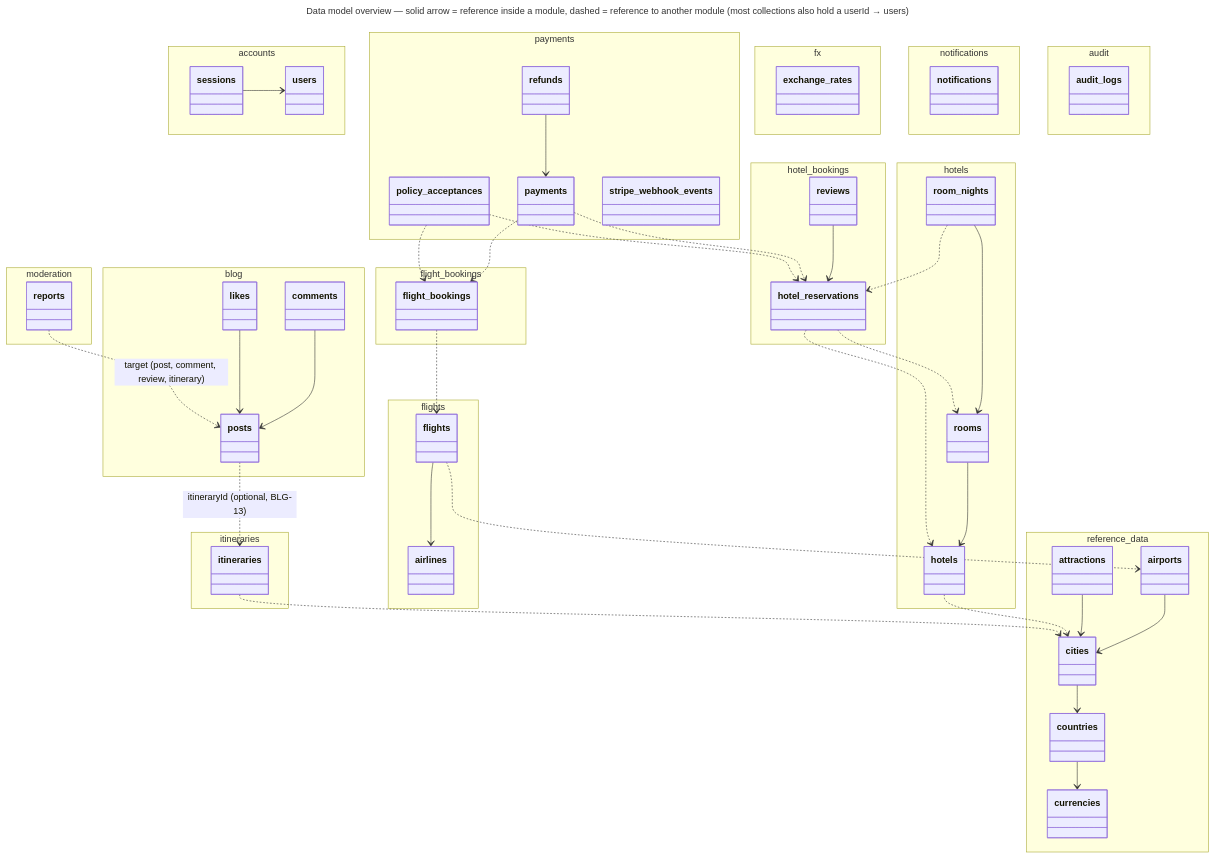
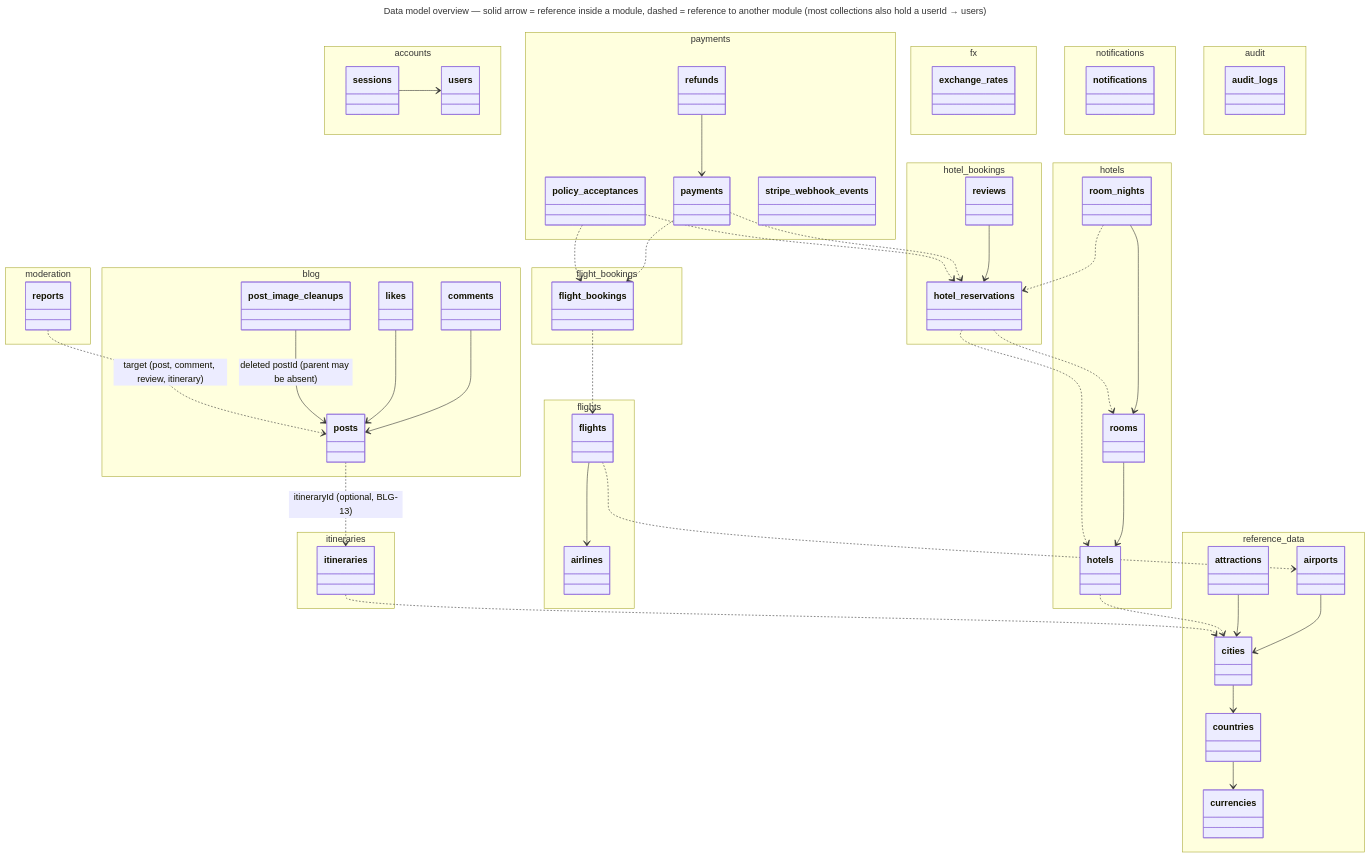
One commit to Host173/Man2o4ah changed the diagram in docs/database/diagrams/00-overview.mmd. Above: the diagram before and after it, drawn with Mermaid. The commit also changed 17 other files, not shown here.

First line of the commit message:
fix(blog): durably retry deleted post image cleanup (BLG-10)

```diff
--- a/docs/database/diagrams/00-overview.mmd
+++ b/docs/database/diagrams/00-overview.mmd
@@ -1,84 +1,86 @@
 ---
 title: "Data model overview — solid arrow = reference inside a module, dashed = reference to another module (most collections also hold a userId → users)"
 ---
 classDiagram
   direction TB
   namespace reference_data {
     class countries
     class cities
     class airports
     class attractions
     class currencies
   }
   namespace accounts {
     class users
     class sessions
   }
   namespace flights {
     class airlines
     class flights_["flights"]
   }
   namespace flight_bookings {
     class flight_bookings_["flight_bookings"]
   }
   namespace hotels {
     class hotels_["hotels"]
     class rooms
     class room_nights
   }
   namespace hotel_bookings {
     class hotel_reservations
     class reviews
   }
   namespace payments {
     class payments_["payments"]
     class refunds
     class policy_acceptances
     class stripe_webhook_events
   }
   namespace itineraries {
     class itineraries_["itineraries"]
   }
   namespace fx {
     class exchange_rates
   }
   namespace blog {
     class posts
     class comments
     class likes
+    class post_image_cleanups
   }
   namespace moderation {
     class reports
   }
   namespace notifications {
     class notifications_["notifications"]
   }
   namespace audit {
     class audit_logs
   }
 
   cities --> countries
   airports --> cities
   attractions --> cities
   countries --> currencies
   sessions --> users
   flights_ --> airlines
   flights_ ..> airports
   rooms --> hotels_
   room_nights --> rooms
   room_nights ..> hotel_reservations
   hotels_ ..> cities
   flight_bookings_ ..> flights_
   hotel_reservations ..> hotels_
   hotel_reservations ..> rooms
   reviews --> hotel_reservations
   payments_ ..> flight_bookings_
   payments_ ..> hotel_reservations
   refunds --> payments_
   policy_acceptances ..> flight_bookings_
   policy_acceptances ..> hotel_reservations
   itineraries_ ..> cities
   posts ..> itineraries_ : itineraryId (optional, BLG-13)
   comments --> posts
   likes --> posts
+  post_image_cleanups --> posts : deleted postId (parent may be absent)
   reports ..> posts : target (post, comment, review, itinerary)
```
